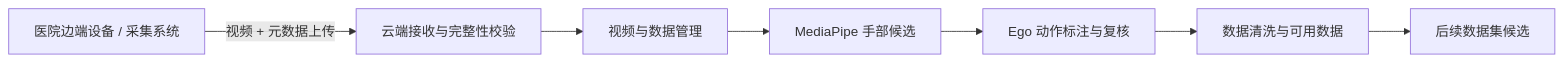
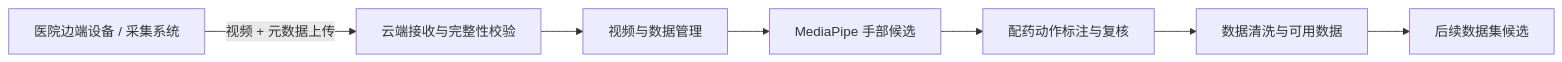
The first of 2 diagrams in docs/architecture/video-hand-pose-mvp-technical-design.md (Soberis/medication-video-platform), drawn with Mermaid before and after one commit. The commit also changed other lines of this file and 15 other files, not shown here.

````diff
--- a/docs/architecture/video-hand-pose-mvp-technical-design.md
+++ b/docs/architecture/video-hand-pose-mvp-technical-design.md
@@ -14,9 +14,9 @@
 ```mermaid
 flowchart LR
     E["医院边端设备 / 采集系统"] -->|"视频 + 元数据上传"| I["云端接收与完整性校验"]
     I --> V["视频与数据管理"]
     V --> H["MediaPipe 手部候选"]
-    H --> A["Ego 动作标注与复核"]
+    H --> A["配药动作标注与复核"]
     A --> C["数据清洗与可用数据"]
     C --> D["后续数据集候选"]
 ```
````
